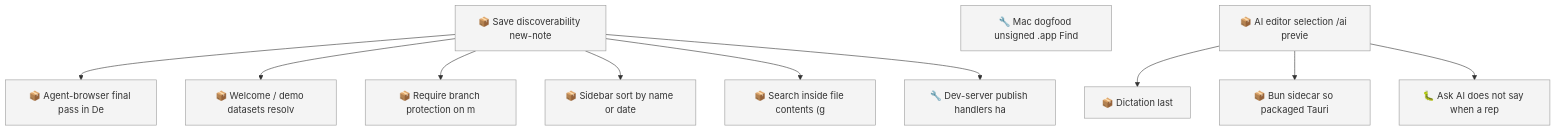
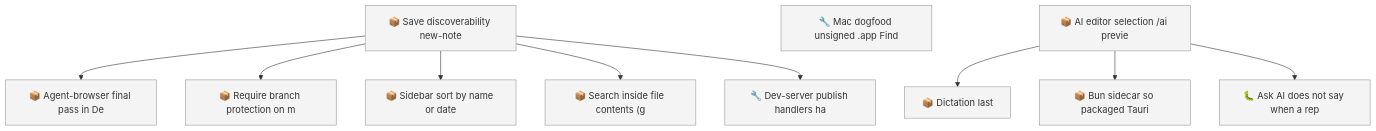
One commit to SpillwaveSolutions/motion changed the first of 2 diagrams in docs/roadmap.md. Above: the diagram before and after it, drawn with Mermaid. The commit also changed other lines of this file and 13 other files, not shown here.

First line of the commit message:
fix: degrade welcome datasets when demo files are missing (#50)

````diff
--- a/docs/roadmap.md
+++ b/docs/roadmap.md
@@ -85,26 +84,24 @@
 ```mermaid
 graph TD
     01KYQYYN3SBWDT25TC6H3G4EAA["📦 Save discoverability new-note"]
     01KYQYYN3T2SSGG33ESEWPXKH8["📦 Agent-browser final pass in De"]
-    01KYQYYN3T3VB8RCTMJJ13FK2H["📦 Welcome / demo datasets resolv"]
     01KYQYYN3T731B57N8NXQ8C0FQ["📦 Require branch protection on m"]
     01KYQYYN3TA69K8848E483HC82["📦 Sidebar sort by name or date"]
     01KYQYYN3TKW93D9SVW07VKFZY["📦 Search inside file contents (g"]
     01M18Q560MPAYQJTA0W6F4DAW3["🔧 Mac dogfood unsigned .app Find"]
     01M18R79ZM90HJ0MBG3CX6VW7E["📦 Dictation last"]
     01M18R79ZMN53CMV76JFHKVEFN["📦 AI editor selection /ai previe"]
     01M19Z6Z3XQZ03EYNXKKBG5WK7["📦 Bun sidecar so packaged Tauri"]
     01M1ABZH14RJDDJ7M7HT3TZKYW["🐛 Ask AI does not say when a rep"]
     01M1ABZH2F573CM32N93NDMAGB["🔧 Dev-server publish handlers ha"]
     01KYQYYN3SBWDT25TC6H3G4EAA --> 01KYQYYN3T2SSGG33ESEWPXKH8
-    01KYQYYN3SBWDT25TC6H3G4EAA --> 01KYQYYN3T3VB8RCTMJJ13FK2H
     01KYQYYN3SBWDT25TC6H3G4EAA --> 01KYQYYN3T731B57N8NXQ8C0FQ
     01KYQYYN3SBWDT25TC6H3G4EAA --> 01KYQYYN3TA69K8848E483HC82
     01KYQYYN3SBWDT25TC6H3G4EAA --> 01KYQYYN3TKW93D9SVW07VKFZY
     01M18R79ZMN53CMV76JFHKVEFN --> 01M18R79ZM90HJ0MBG3CX6VW7E
     01M18R79ZMN53CMV76JFHKVEFN --> 01M19Z6Z3XQZ03EYNXKKBG5WK7
     01M18R79ZMN53CMV76JFHKVEFN --> 01M1ABZH14RJDDJ7M7HT3TZKYW
     01KYQYYN3SBWDT25TC6H3G4EAA --> 01M1ABZH2F573CM32N93NDMAGB
     classDef todo fill:#f4f4f4,stroke:#999999
-    class 01KYQYYN3SBWDT25TC6H3G4EAA,01KYQYYN3T2SSGG33ESEWPXKH8,01KYQYYN3T3VB8RCTMJJ13FK2H,01KYQYYN3T731B57N8NXQ8C0FQ,01KYQYYN3TA69K8848E483HC82,01KYQYYN3TKW93D9SVW07VKFZY,01M18Q560MPAYQJTA0W6F4DAW3,01M18R79ZM90HJ0MBG3CX6VW7E,01M18R79ZMN53CMV76JFHKVEFN,01M19Z6Z3XQZ03EYNXKKBG5WK7,01M1ABZH14RJDDJ7M7HT3TZKYW,01M1ABZH2F573CM32N93NDMAGB todo
+    class 01KYQYYN3SBWDT25TC6H3G4EAA,01KYQYYN3T2SSGG33ESEWPXKH8,01KYQYYN3T731B57N8NXQ8C0FQ,01KYQYYN3TA69K8848E483HC82,01KYQYYN3TKW93D9SVW07VKFZY,01M18Q560MPAYQJTA0W6F4DAW3,01M18R79ZM90HJ0MBG3CX6VW7E,01M18R79ZMN53CMV76JFHKVEFN,01M19Z6Z3XQZ03EYNXKKBG5WK7,01M1ABZH14RJDDJ7M7HT3TZKYW,01M1ABZH2F573CM32N93NDMAGB todo
 ```
````
